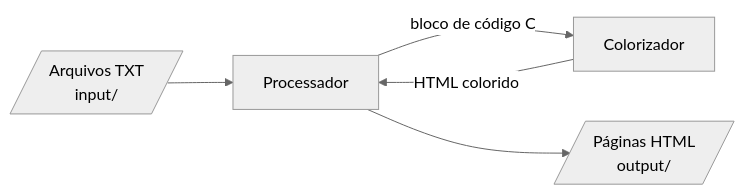
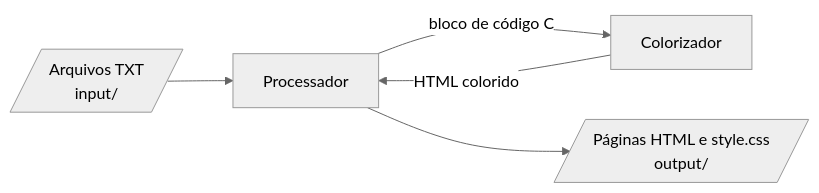
One commit to castlelli/mac0122 changed the first of 8 diagrams in README.pt-BR.md. Above: the diagram before and after it, drawn with Mermaid (neutral theme). The commit also changed other lines of this file and 2 other files, not shown here.

First line of the commit message:
docs(docs): record the shared style.css decision

````diff
--- a/README.pt-BR.md
+++ b/README.pt-BR.md
@@ -13,7 +13,7 @@
 ```mermaid
 flowchart LR
     txt[/"Arquivos TXT<br/>input/"/] --> processor["Processador"]
     processor -- "bloco de código C" --> highlighter["Colorizador"]
     highlighter -- "HTML colorido" --> processor
-    processor --> site[/"Páginas HTML<br/>output/"/]
+    processor --> site[/"Páginas HTML e style.css<br/>output/"/]
 ```
````
